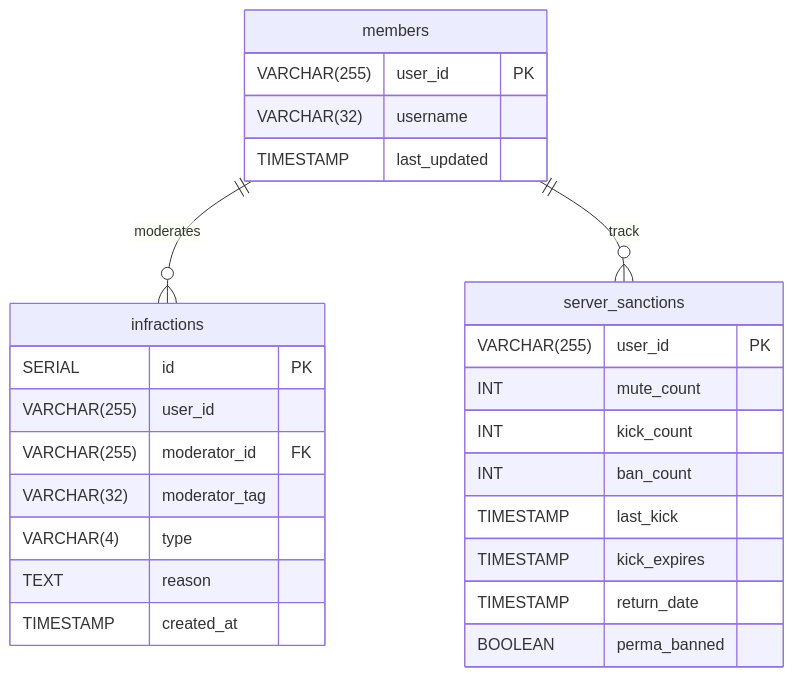
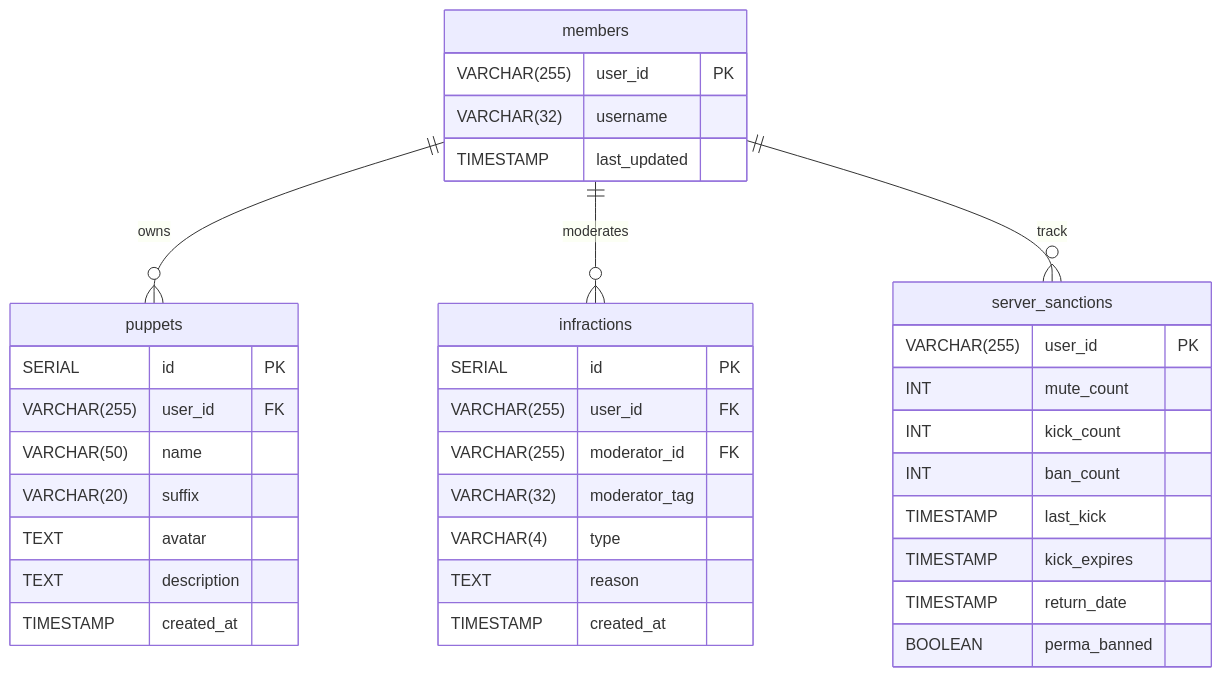
One commit to Betapoisoner/Beta-Bot changed the first of 5 diagrams in readme.md. Above: the diagram before and after it, drawn with Mermaid. The commit also changed other lines of this file, not shown here.

````diff
--- a/readme.md
+++ b/readme.md
@@ -204,31 +218,43 @@
 ```mermaid
 erDiagram
+    members ||--o{ puppets : "owns"
     members ||--o{ infractions : "moderates"
     members ||--o{ server_sanctions : "track"
+    
     members {
         VARCHAR(255) user_id PK
         VARCHAR(32) username
         TIMESTAMP last_updated
     }
-
+    
+    puppets {
+        SERIAL id PK
+        VARCHAR(255) user_id FK
+        VARCHAR(50) name
+        VARCHAR(20) suffix
+        TEXT avatar
+        TEXT description
+        TIMESTAMP created_at
+    }
+    
     infractions {
         SERIAL id PK
-        VARCHAR(255) user_id
+        VARCHAR(255) user_id FK
         VARCHAR(255) moderator_id FK
         VARCHAR(32) moderator_tag
         VARCHAR(4) type
         TEXT reason
         TIMESTAMP created_at
     }
-
+    
     server_sanctions {
         VARCHAR(255) user_id PK
         INT mute_count
         INT kick_count
         INT ban_count
         TIMESTAMP last_kick
         TIMESTAMP kick_expires
         TIMESTAMP return_date
         BOOLEAN perma_banned
     }
 ```
````
